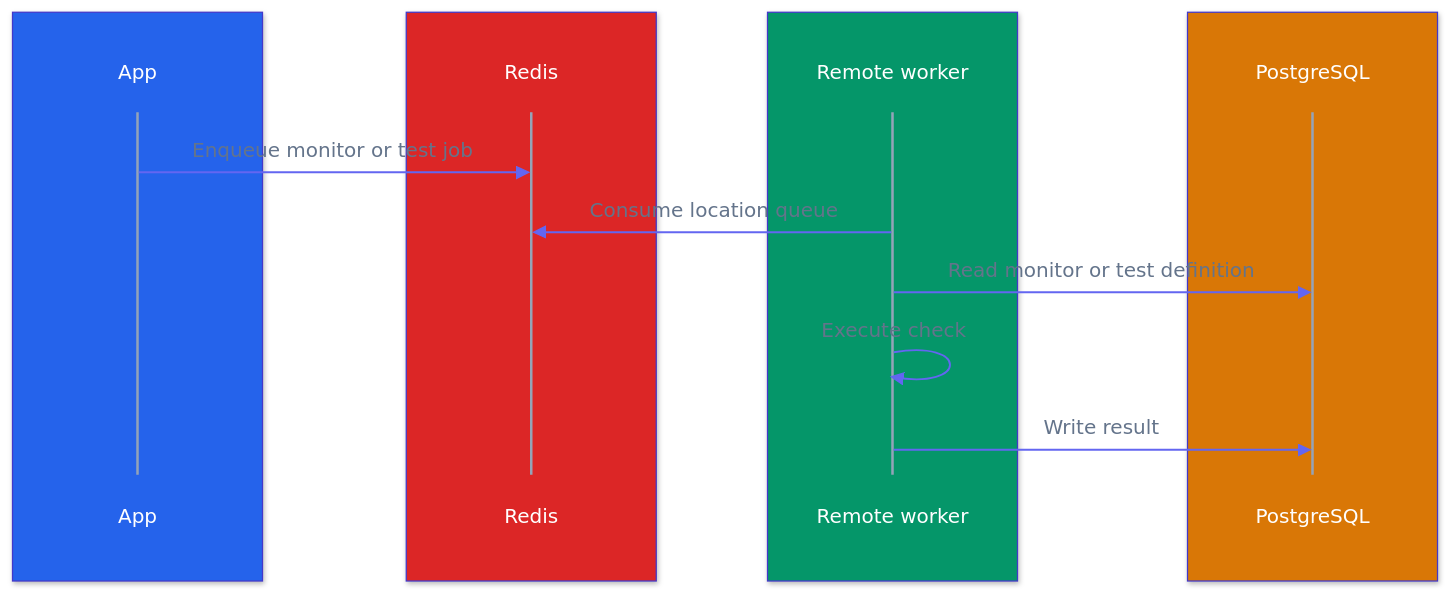
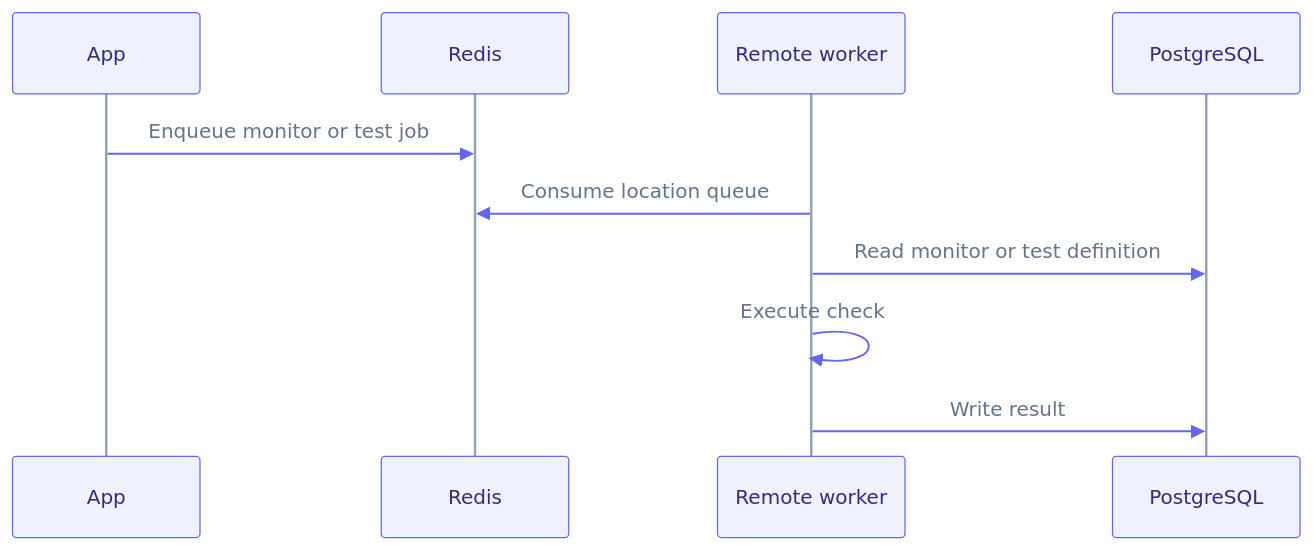
Before and after one commit to supercheck-io/supercheck: the second of 2 diagrams in docs/content/docs/app/deployment/multi-location.mdx, drawn with Mermaid. The commit also changed 11 other files, not shown here.

First line of the commit message:
docs: clean up sequence diagram colors and readability

````diff
--- a/docs/content/docs/app/deployment/multi-location.mdx
+++ b/docs/content/docs/app/deployment/multi-location.mdx
@@ -60,22 +60,14 @@
 ```mermaid
-%%{init: {"theme":"base","themeVariables":{"fontFamily":"ui-sans-serif, system-ui, -apple-system, Segoe UI, Roboto, sans-serif","primaryColor":"#6366f1","primaryTextColor":"#ffffff","primaryBorderColor":"#4338ca","lineColor":"#94a3b8","actorBkg":"transparent","actorBorder":"transparent","actorTextColor":"#ffffff","actorLineColor":"#94a3b8","signalColor":"#6366f1","signalTextColor":"#64748b","labelBoxBkgColor":"#d97706","labelBoxBorderColor":"#b45309","labelTextColor":"#ffffff","loopTextColor":"#64748b","activationBkgColor":"#7c3aed","activationBorderColor":"#6d28d9","noteBkgColor":"#d97706","noteBorderColor":"#b45309","noteTextColor":"#ffffff","textColor":"#64748b","mainBkg":"#ffffff"}}}%%
+%%{init: {"theme":"base","themeVariables":{"fontFamily":"ui-sans-serif, system-ui, -apple-system, Segoe UI, Roboto, sans-serif","actorBkg":"#eef2ff","actorBorder":"#6366f1","actorTextColor":"#312e81","actorLineColor":"#94a3b8","signalColor":"#6366f1","signalTextColor":"#64748b","labelBoxBkgColor":"#fef3c7","labelBoxBorderColor":"#d97706","labelTextColor":"#78350f","loopTextColor":"#64748b","activationBkgColor":"#ddd6fe","activationBorderColor":"#7c3aed","noteBkgColor":"#fef3c7","noteBorderColor":"#d97706","noteTextColor":"#78350f","textColor":"#64748b","lineColor":"#94a3b8","mainBkg":"transparent"}}}%%
 sequenceDiagram
-    box rgb(37,99,235)
-        participant App as App
-    end
-    box rgb(220,38,38)
-        participant Redis
-    end
-    box rgb(5,150,105)
-        participant Remote as Remote worker
-    end
-    box rgb(217,119,6)
-        participant PG as PostgreSQL
-    end
+    participant App as App
+    participant Redis
+    participant Remote as Remote worker
+    participant PG as PostgreSQL
 
     App->>Redis: Enqueue monitor or test job
     Remote->>Redis: Consume location queue
     Remote->>PG: Read monitor or test definition
     Remote->>Remote: Execute check
     Remote->>PG: Write result
 ```
````
